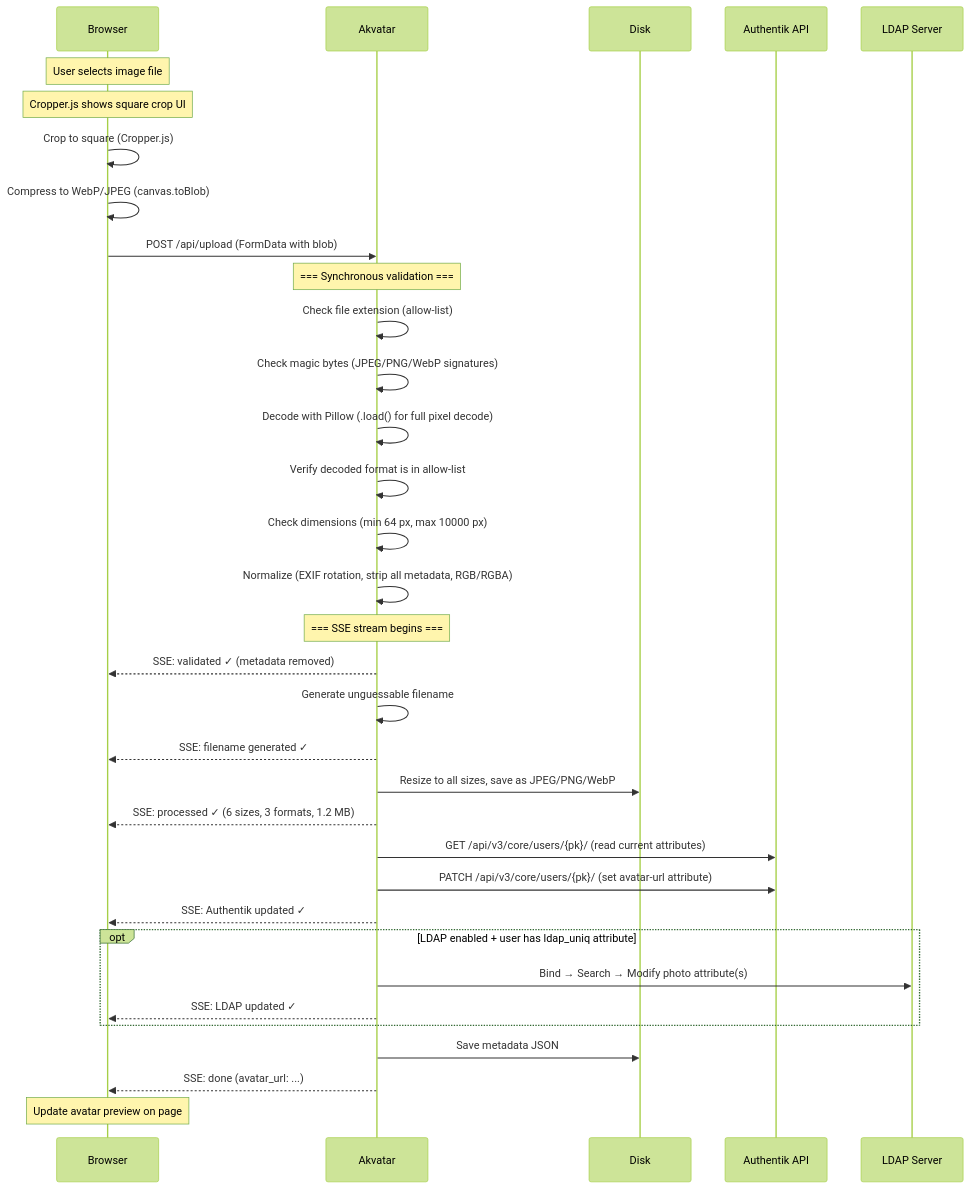
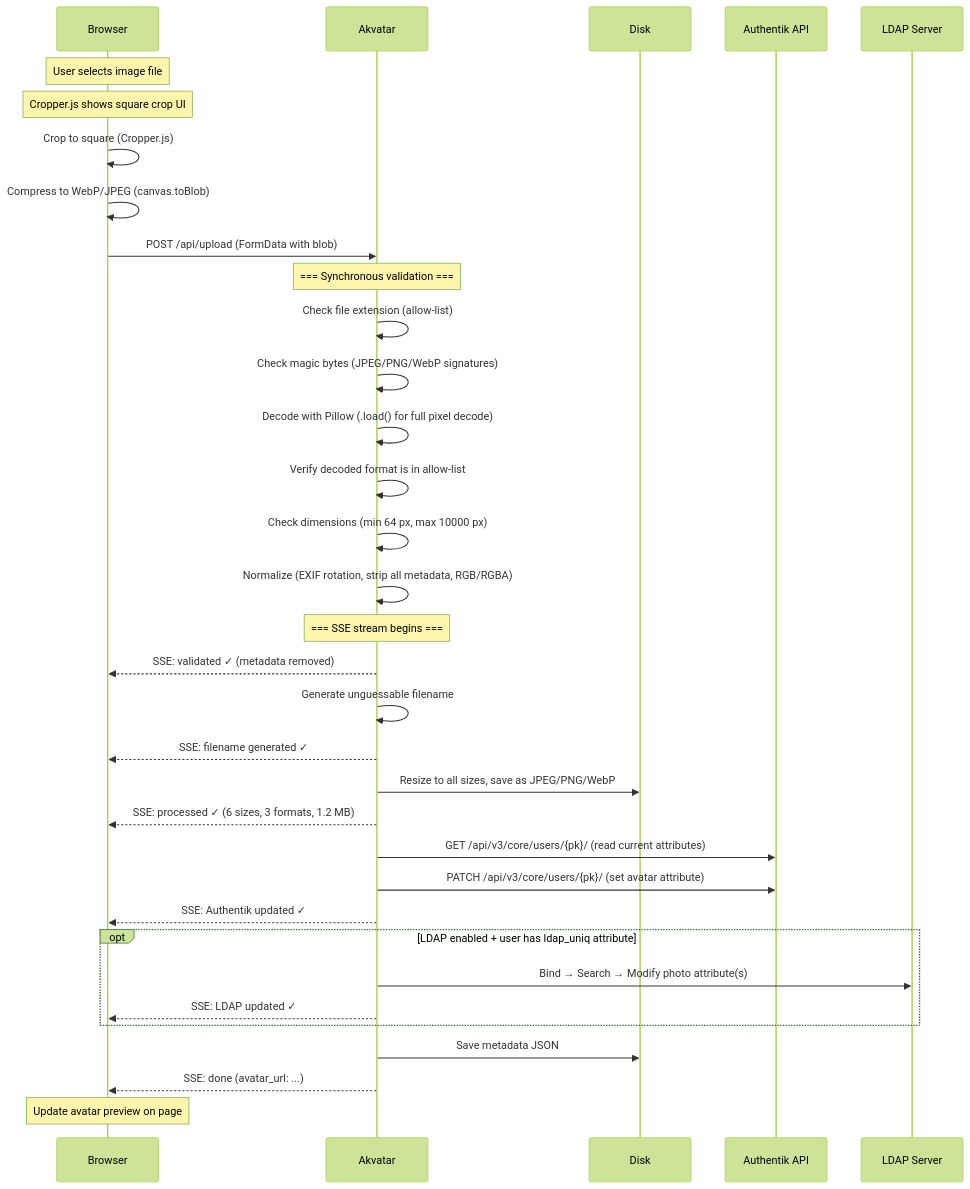
The second of 3 diagrams in docs/how-it-works.md (patschi/akvatar), drawn with Mermaid (forest theme) before and after one commit. The commit also changed other lines of this file and 6 other files, not shown here.

Commit message:
avatar attribute default

````diff
--- a/docs/how-it-works.md
+++ b/docs/how-it-works.md
@@ -89,45 +89,45 @@
 ```mermaid
 sequenceDiagram
     participant B as Browser
     participant A as Akvatar
     participant D as Disk
     participant K as Authentik API
     participant L as LDAP Server
 
     Note over B: User selects image file
     Note over B: Cropper.js shows square crop UI
     B->>B: Crop to square (Cropper.js)
     B->>B: Compress to WebP/JPEG (canvas.toBlob)
     B->>A: POST /api/upload (FormData with blob)
 
     Note over A: === Synchronous validation ===
     A->>A: Check file extension (allow-list)
     A->>A: Check magic bytes (JPEG/PNG/WebP signatures)
     A->>A: Decode with Pillow (.load() for full pixel decode)
     A->>A: Verify decoded format is in allow-list
     A->>A: Check dimensions (min 64 px, max 10000 px)
     A->>A: Normalize (EXIF rotation, strip all metadata, RGB/RGBA)
 
     Note over A: === SSE stream begins ===
     A-->>B: SSE: validated ✓ (metadata removed)
 
     A->>A: Generate unguessable filename
     A-->>B: SSE: filename generated ✓
 
     A->>D: Resize to all sizes, save as JPEG/PNG/WebP
     A-->>B: SSE: processed ✓ (6 sizes, 3 formats, 1.2 MB)
 
     A->>K: GET /api/v3/core/users/{pk}/ (read current attributes)
-    A->>K: PATCH /api/v3/core/users/{pk}/ (set avatar-url attribute)
+    A->>K: PATCH /api/v3/core/users/{pk}/ (set avatar attribute)
     A-->>B: SSE: Authentik updated ✓
 
     opt LDAP enabled + user has ldap_uniq attribute
         A->>L: Bind → Search → Modify photo attribute(s)
         A-->>B: SSE: LDAP updated ✓
     end
 
     A->>D: Save metadata JSON
     A-->>B: SSE: done (avatar_url: ...)
 
     Note over B: Update avatar preview on page
 ```
````
